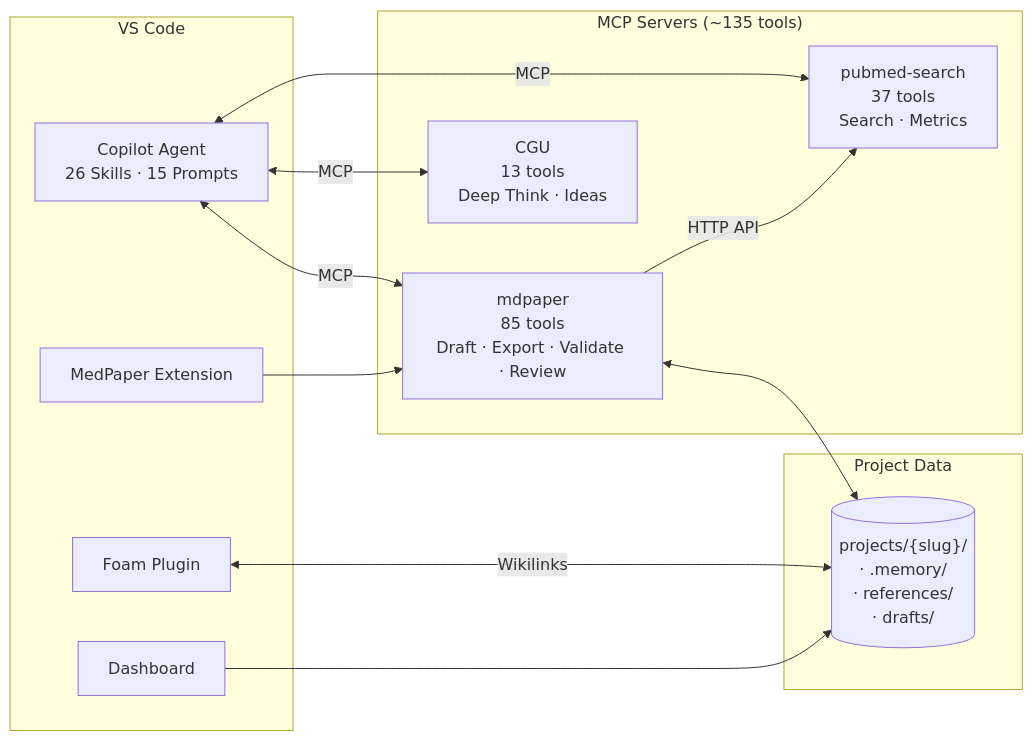
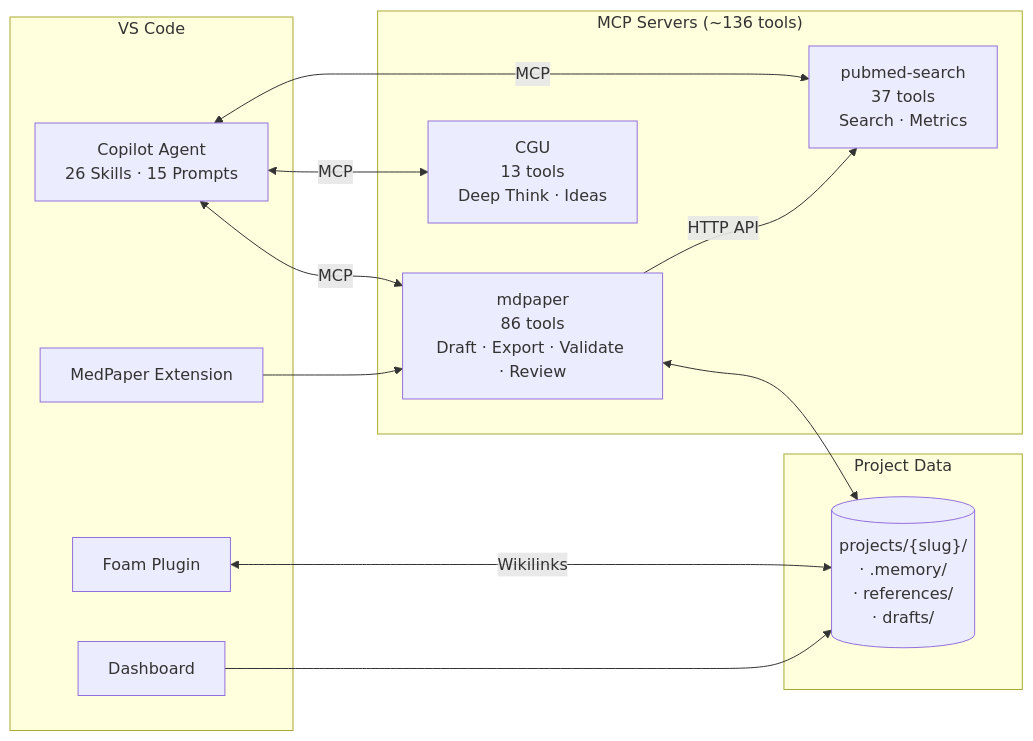
The diagram in README.md (u9401066/med-paper-assistant), drawn with Mermaid before and after one commit. The commit also changed other lines of this file and 30 other files, not shown here.

````diff
--- a/README.md
+++ b/README.md
@@ -49,28 +49,28 @@
 ```mermaid
 flowchart LR
     subgraph IDE["VS Code"]
         Agent["Copilot Agent<br/>26 Skills · 15 Prompts"]
         Foam[Foam Plugin]
         Ext[MedPaper Extension]
         Dash[Dashboard]
     end
 
-    subgraph MCP["MCP Servers (~135 tools)"]
-        mdpaper["mdpaper<br/>85 tools<br/>Draft · Export · Validate · Review"]
+    subgraph MCP["MCP Servers (~136 tools)"]
+        mdpaper["mdpaper<br/>86 tools<br/>Draft · Export · Validate · Review"]
         pubmed["pubmed-search<br/>37 tools<br/>Search · Metrics"]
         cgu["CGU<br/>13 tools<br/>Deep Think · Ideas"]
     end
 
     subgraph Data["Project Data"]
         proj[("projects/{slug}/<br/>· .memory/<br/>· references/<br/>· drafts/")]
     end
 
     Agent <-->|MCP| mdpaper
     Agent <-->|MCP| pubmed
     Agent <-->|MCP| cgu
     mdpaper -->|HTTP API| pubmed
     Foam <-->|Wikilinks| proj
     mdpaper <--> proj
     Ext --> mdpaper
     Dash --> proj
 ```
````
